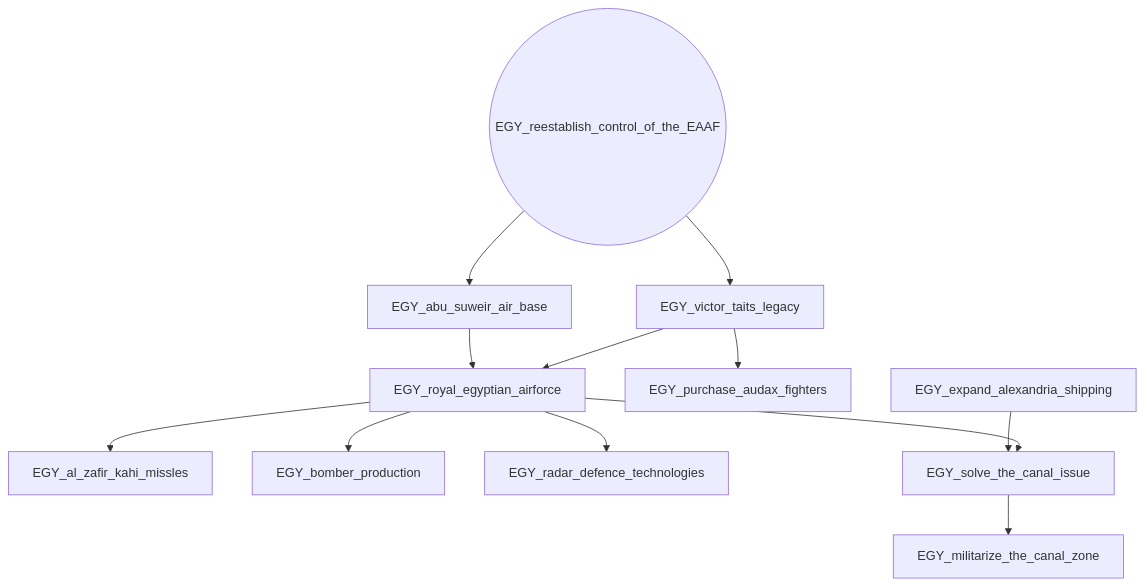
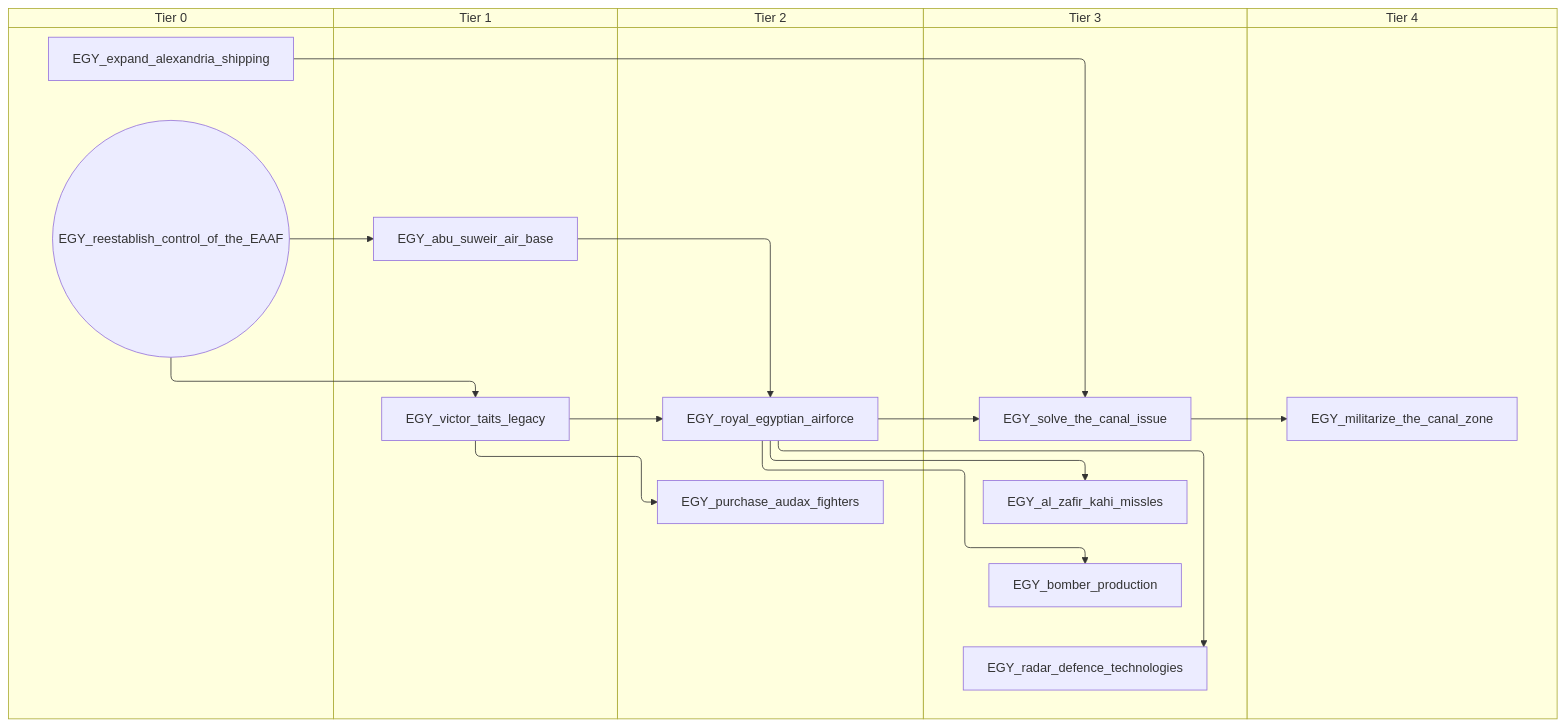
One commit to evgeny-sobol/hoi4-sandbox-mode-r56 changed the seventh of 10 diagrams in docs/gdd/National Focuses/r56/egypt.md. Above: the diagram before and after it, drawn with Mermaid. The commit also changed other lines of this file and 423 other files, not shown here.

First line of the commit message:
Re-export Rt56 focus trees as swimlane diagrams

````diff
--- a/docs/gdd/National Focuses/r56/egypt.md
+++ b/docs/gdd/National Focuses/r56/egypt.md
@@ -182,25 +242,35 @@
 ```mermaid
-flowchart TD
-    n59["EGY_abu_suweir_air_base"]
-    n60["EGY_al_zafir_kahi_missles"]
-    n61["EGY_bomber_production"]
-    n48["EGY_expand_alexandria_shipping"]
-    n51["EGY_militarize_the_canal_zone"]
-    n62["EGY_purchase_audax_fighters"]
-    n63["EGY_radar_defence_technologies"]
-    n64(("EGY_reestablish_control_of_the_EAAF"))
-    n55["EGY_royal_egyptian_airforce"]
-    n56["EGY_solve_the_canal_issue"]
-    n65["EGY_victor_taits_legacy"]
-    n64 --> n59
-    n55 --> n60
-    n55 --> n61
-    n56 --> n51
-    n65 --> n62
-    n55 --> n63
-    n59 --> n55
-    n65 --> n55
-    n48 --> n56
-    n55 --> n56
-    n64 --> n65
+swimlane-beta TD
+    subgraph tier_0["Tier 0"]
+        n46["EGY_expand_alexandria_shipping"]
+        n59(("EGY_reestablish_control_of_the_EAAF"))
+    end
+    subgraph tier_1["Tier 1"]
+        n60["EGY_abu_suweir_air_base"]
+        n61["EGY_victor_taits_legacy"]
+    end
+    subgraph tier_2["Tier 2"]
+        n62["EGY_purchase_audax_fighters"]
+        n44["EGY_royal_egyptian_airforce"]
+    end
+    subgraph tier_3["Tier 3"]
+        n63["EGY_al_zafir_kahi_missles"]
+        n64["EGY_bomber_production"]
+        n65["EGY_radar_defence_technologies"]
+        n53["EGY_solve_the_canal_issue"]
+    end
+    subgraph tier_4["Tier 4"]
+        n55["EGY_militarize_the_canal_zone"]
+    end
+    n59 --> n60
+    n44 --> n63
+    n44 --> n64
+    n53 --> n55
+    n61 --> n62
+    n44 --> n65
+    n60 --> n44
+    n61 --> n44
+    n46 --> n53
+    n44 --> n53
+    n59 --> n61
 ```
````
